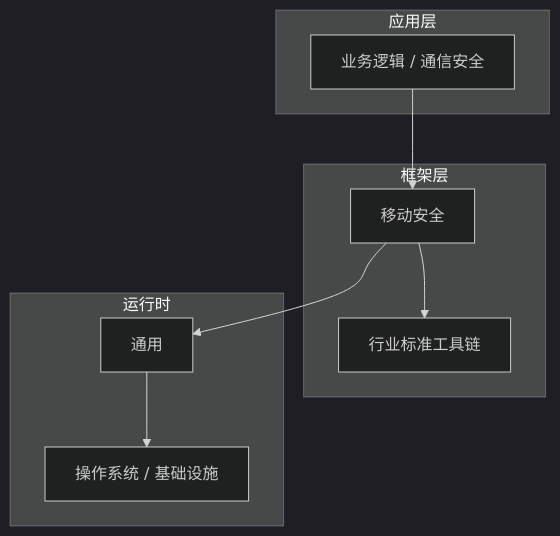
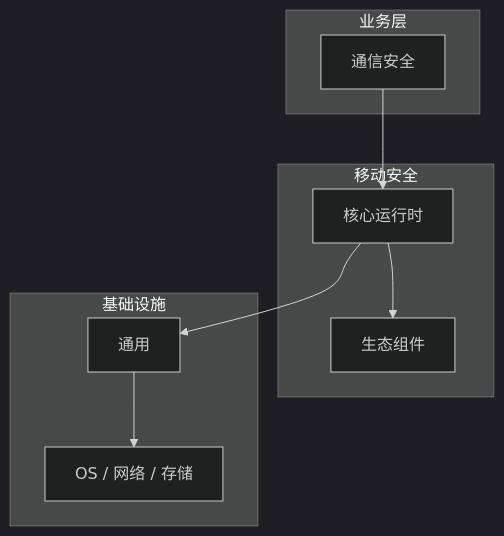
The diagram in articles/移动安全/chapters/031-通信安全核心概念与原理.md (yanggan2015/knowledge-json-v2), drawn with Mermaid (dark theme) before and after one commit. The commit also changed other lines of this file and 10127 other files, not shown here.

````diff
--- a/articles/移动安全/chapters/031-通信安全核心概念与原理.md
+++ b/articles/移动安全/chapters/031-通信安全核心概念与原理.md
@@ -46,18 +31,18 @@
 ```mermaid
 graph TB
-    subgraph 应用层
-        A[业务逻辑 / 通信安全]
+    subgraph 业务层
+        A[通信安全]
     end
-    subgraph 框架层
-        B[移动安全]
-        C[行业标准工具链]
+    subgraph 移动安全
+        B[核心运行时]
+        C[生态组件]
     end
-    subgraph 运行时
+    subgraph 基础设施
         D[通用]
-        E[操作系统 / 基础设施]
+        E[OS / 网络 / 存储]
     end
     A --> B
     B --> C
     B --> D
     D --> E
 ```
````
